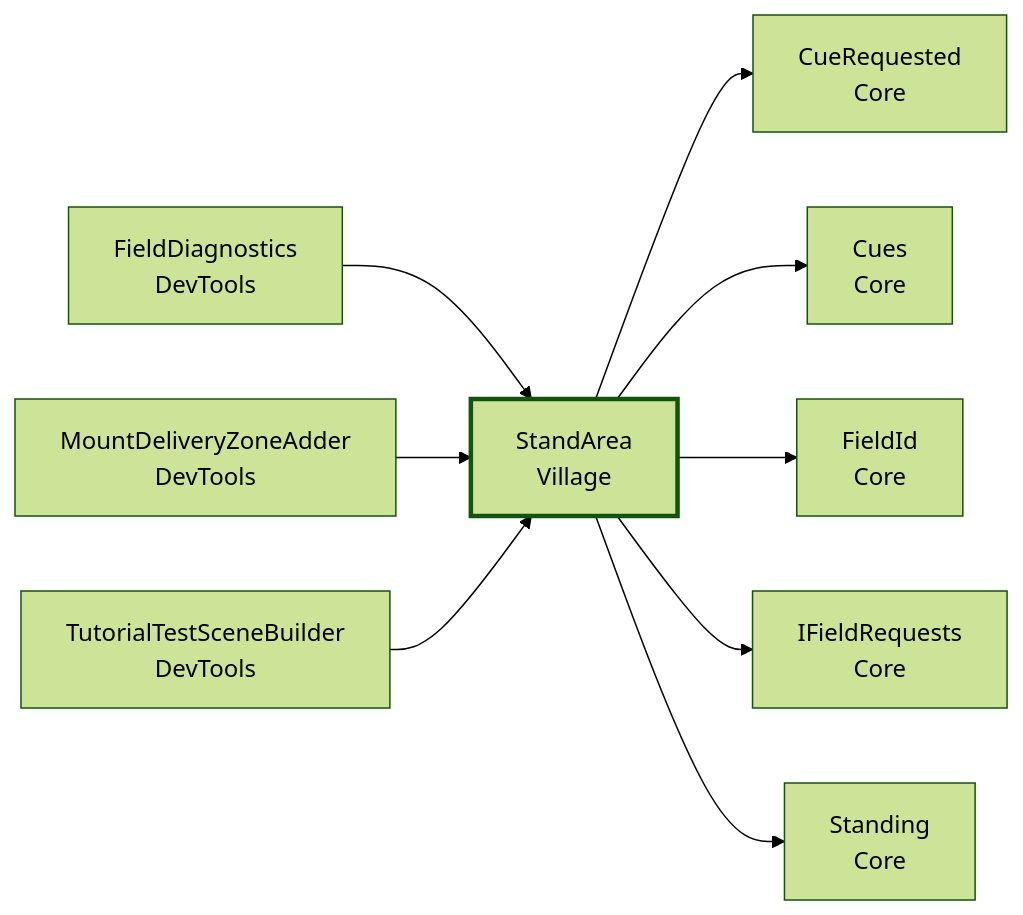
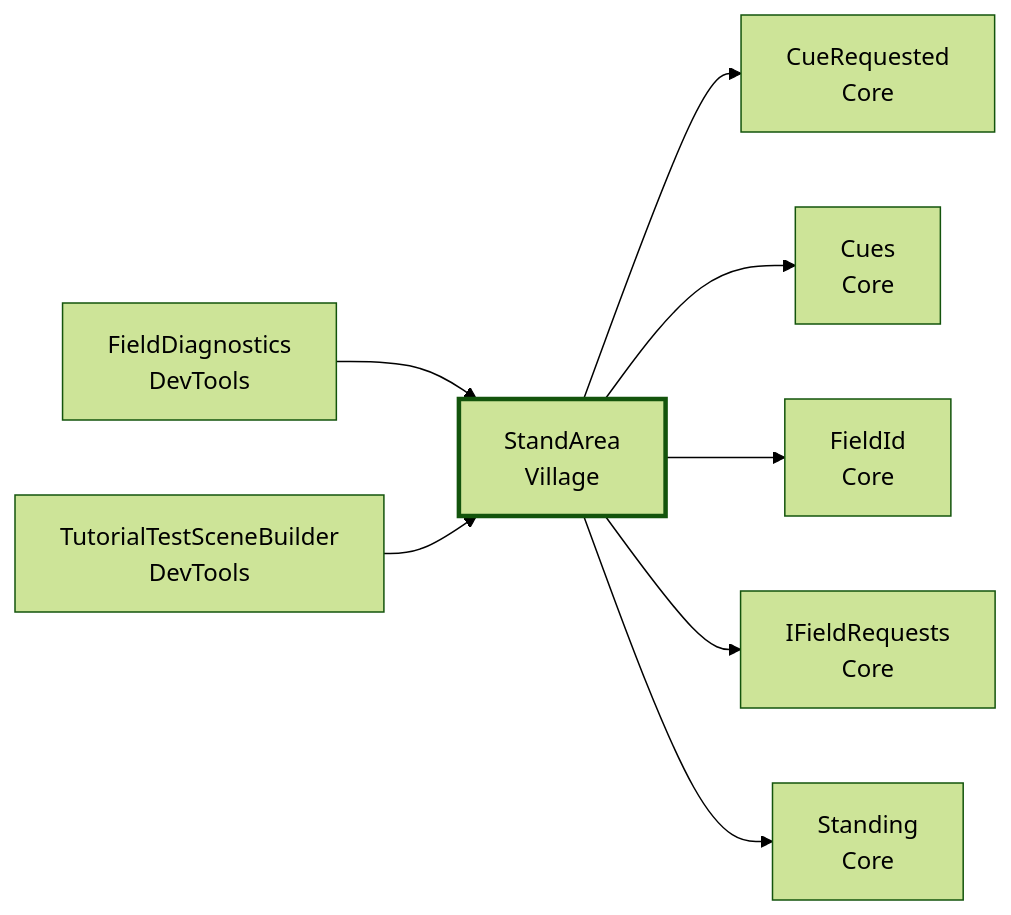
Before and after one commit to Fialuxe/MouthOfGod_System: the seventh of 10 diagrams in docs/api/Village.md, drawn with Mermaid (forest theme). The commit also changed other lines of this file and 28 other files, not shown here.

````diff
--- a/docs/api/Village.md
+++ b/docs/api/Village.md
@@ -428,13 +427,12 @@
 ```mermaid
 flowchart LR
   C_StandArea["StandArea<br/>Village"]:::me
   U_FieldDiagnostics["FieldDiagnostics<br/>DevTools"] --> C_StandArea
-  U_MountDeliveryZoneAdder["MountDeliveryZoneAdder<br/>DevTools"] --> C_StandArea
   U_TutorialTestSceneBuilder["TutorialTestSceneBuilder<br/>DevTools"] --> C_StandArea
   C_StandArea --> D_CueRequested["CueRequested<br/>Core"]
   C_StandArea --> D_Cues["Cues<br/>Core"]
   C_StandArea --> D_FieldId["FieldId<br/>Core"]
   C_StandArea --> D_IFieldRequests["IFieldRequests<br/>Core"]
   C_StandArea --> D_Standing["Standing<br/>Core"]
   classDef me stroke-width:3px
 ```
````
